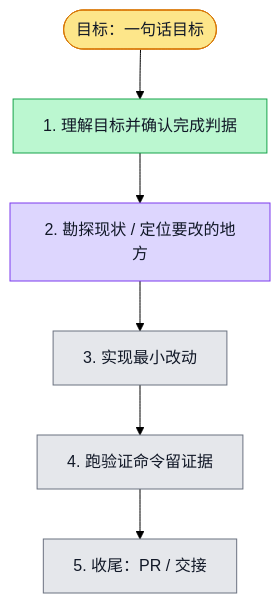
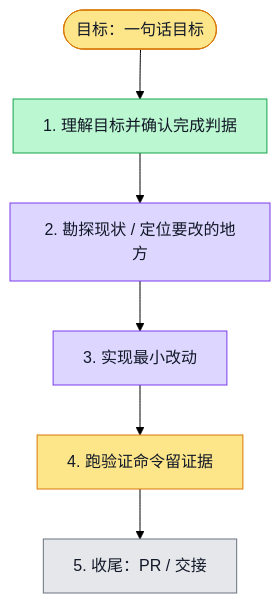
One commit to boardx/workspacex changed the diagram in docs/design/i18n-chat-share/plan.md. Above: the diagram before and after it, drawn with Mermaid (forest theme). The commit also changed 3 other files, not shown here.

````diff
--- a/docs/design/i18n-chat-share/plan.md
+++ b/docs/design/i18n-chat-share/plan.md
@@ -17,25 +17,26 @@
 ```mermaid
 flowchart TD
   G([目标：一句话目标])
   S1[1. 理解目标并确认完成判据]
   S2[2. 勘探现状 / 定位要改的地方]
   S3[3. 实现最小改动]
   S4[4. 跑验证命令留证据]
   S5[5. 收尾：PR / 交接]
 
   G --> S1 --> S2 --> S3 --> S4 --> S5
 
   classDef todo fill:#e5e7eb,stroke:#6b7280,color:#111827
   classDef doing fill:#fde68a,stroke:#d97706,color:#111827
   classDef done fill:#bbf7d0,stroke:#16a34a,color:#111827
   classDef tested fill:#ddd6fe,stroke:#7c3aed,color:#111827
   classDef blocked fill:#fecaca,stroke:#dc2626,color:#111827
 
   class G doing
   class S1 done
   class S2 tested
   %% evidence S2: /tmp/i18n-chat-share-red.log 4 fail; /tmp/i18n-chat-share-green.log 17 pass
-  class S3 todo
-  class S4 todo
+  class S3 tested
+  %% evidence S3: /tmp/i18n-chat-share-green.log:17 pass; source59df0eb57 exactreview no findings; ESLint/wiring/spec gate pass
+  class S4 doing
   class S5 todo
 ```
````
